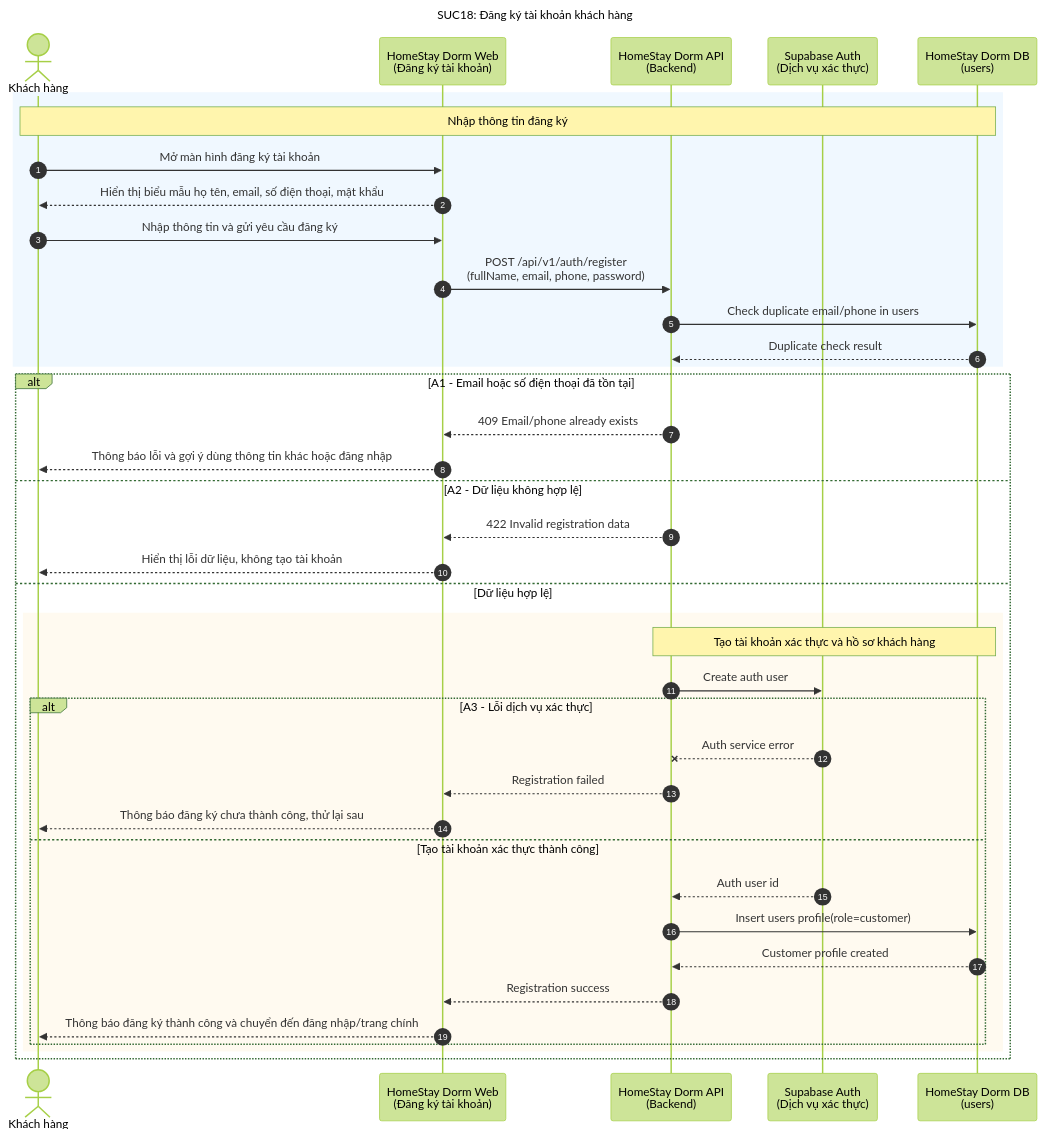
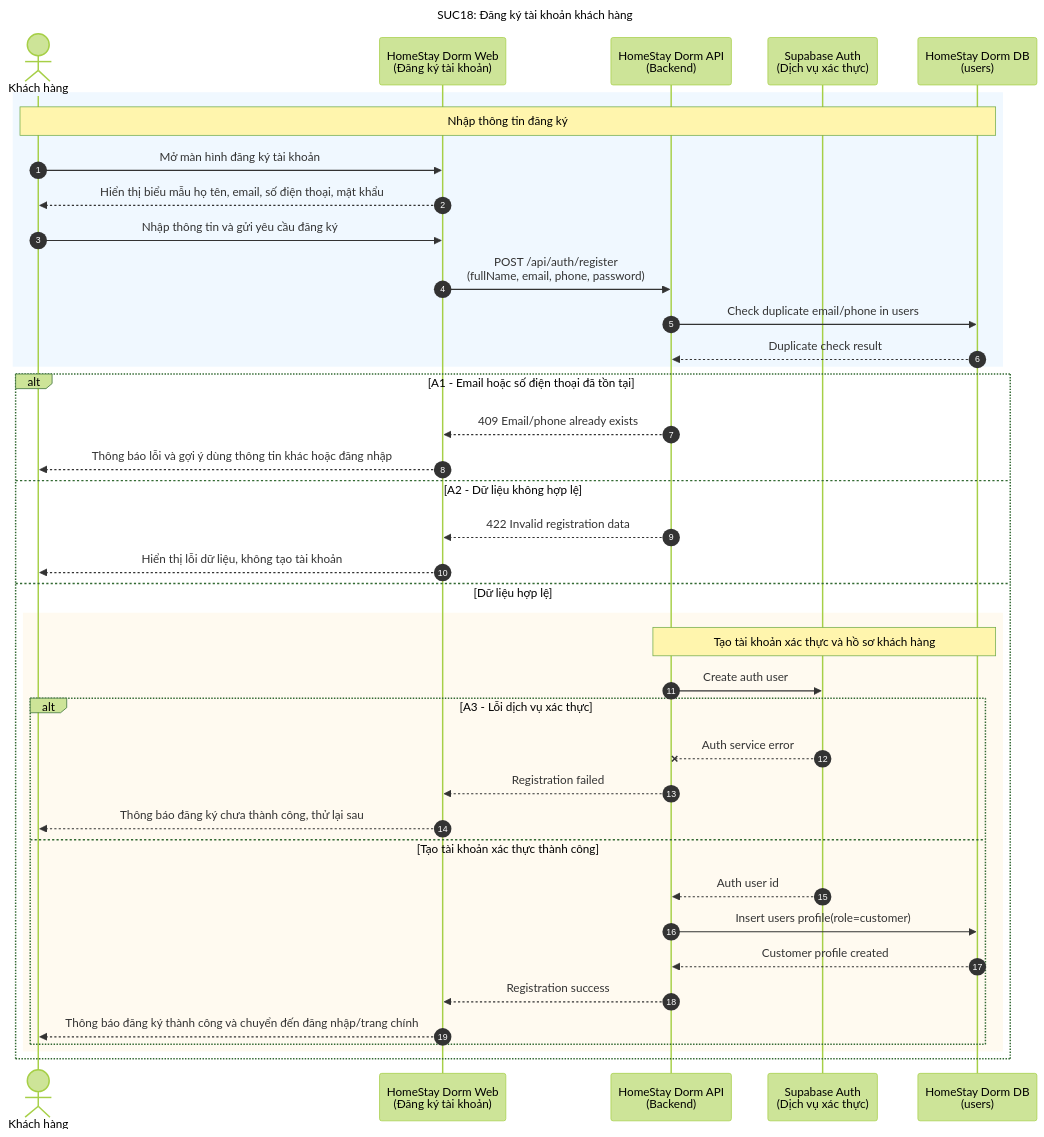
The diagram in docs/SUC/SUC18-dang-ky-tai-khoan-khach-hang.mmd (dinhdaivu/CSC12004_Information-Systems-Analysis-and-Design), drawn with Mermaid (forest theme) before and after one commit. The commit also changed 47 other files, not shown here.

```diff
--- a/docs/SUC/SUC18-dang-ky-tai-khoan-khach-hang.mmd
+++ b/docs/SUC/SUC18-dang-ky-tai-khoan-khach-hang.mmd
@@ -1,42 +1,42 @@
 sequenceDiagram
     title SUC18: Đăng ký tài khoản khách hàng
     autonumber
     actor C as Khách hàng
     participant Web as HomeStay Dorm Web<br/>(Đăng ký tài khoản)
     participant API as HomeStay Dorm API<br/>(Backend)
     participant Auth as Supabase Auth<br/>(Dịch vụ xác thực)
     participant DB as HomeStay Dorm DB<br/>(users)
 
     rect rgb(240, 248, 255)
         Note over C, DB: Nhập thông tin đăng ký
         C->>Web: Mở màn hình đăng ký tài khoản
         Web-->>C: Hiển thị biểu mẫu họ tên, email, số điện thoại, mật khẩu
         C->>Web: Nhập thông tin và gửi yêu cầu đăng ký
-        Web->>API: POST /api/v1/auth/register<br/>(fullName, email, phone, password)
+        Web->>API: POST /api/auth/register<br/>(fullName, email, phone, password)
         API->>DB: Check duplicate email/phone in users
         DB-->>API: Duplicate check result
     end
 
     alt A1 - Email hoặc số điện thoại đã tồn tại
         API-->>Web: 409 Email/phone already exists
         Web-->>C: Thông báo lỗi và gợi ý dùng thông tin khác hoặc đăng nhập
     else A2 - Dữ liệu không hợp lệ
         API-->>Web: 422 Invalid registration data
         Web-->>C: Hiển thị lỗi dữ liệu, không tạo tài khoản
     else Dữ liệu hợp lệ
         rect rgb(255, 250, 240)
             Note over API, DB: Tạo tài khoản xác thực và hồ sơ khách hàng
             API->>Auth: Create auth user
             alt A3 - Lỗi dịch vụ xác thực
                 Auth--xAPI: Auth service error
                 API-->>Web: Registration failed
                 Web-->>C: Thông báo đăng ký chưa thành công, thử lại sau
             else Tạo tài khoản xác thực thành công
                 Auth-->>API: Auth user id
                 API->>DB: Insert users profile(role=customer)
                 DB-->>API: Customer profile created
                 API-->>Web: Registration success
                 Web-->>C: Thông báo đăng ký thành công và chuyển đến đăng nhập/trang chính
             end
         end
     end
```
